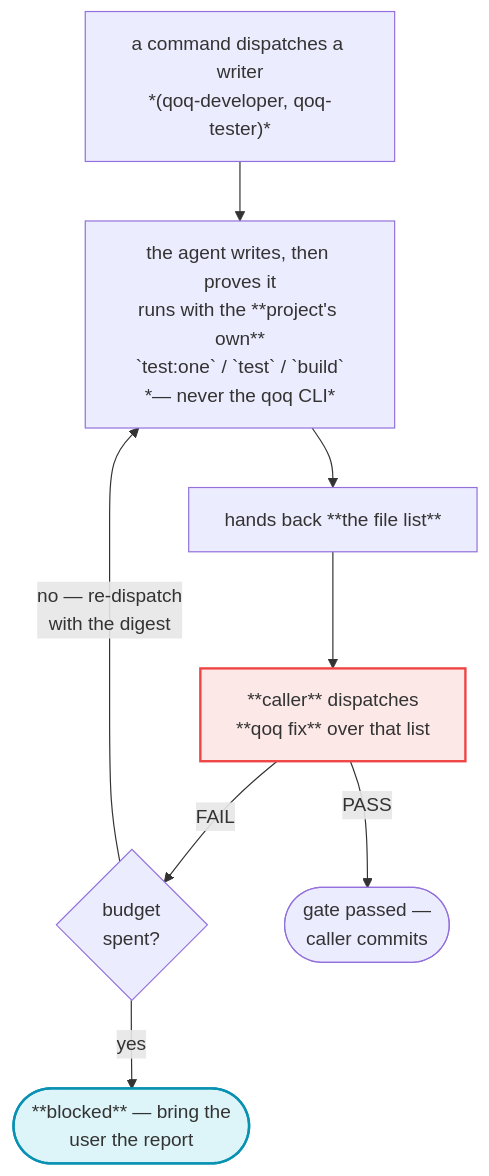
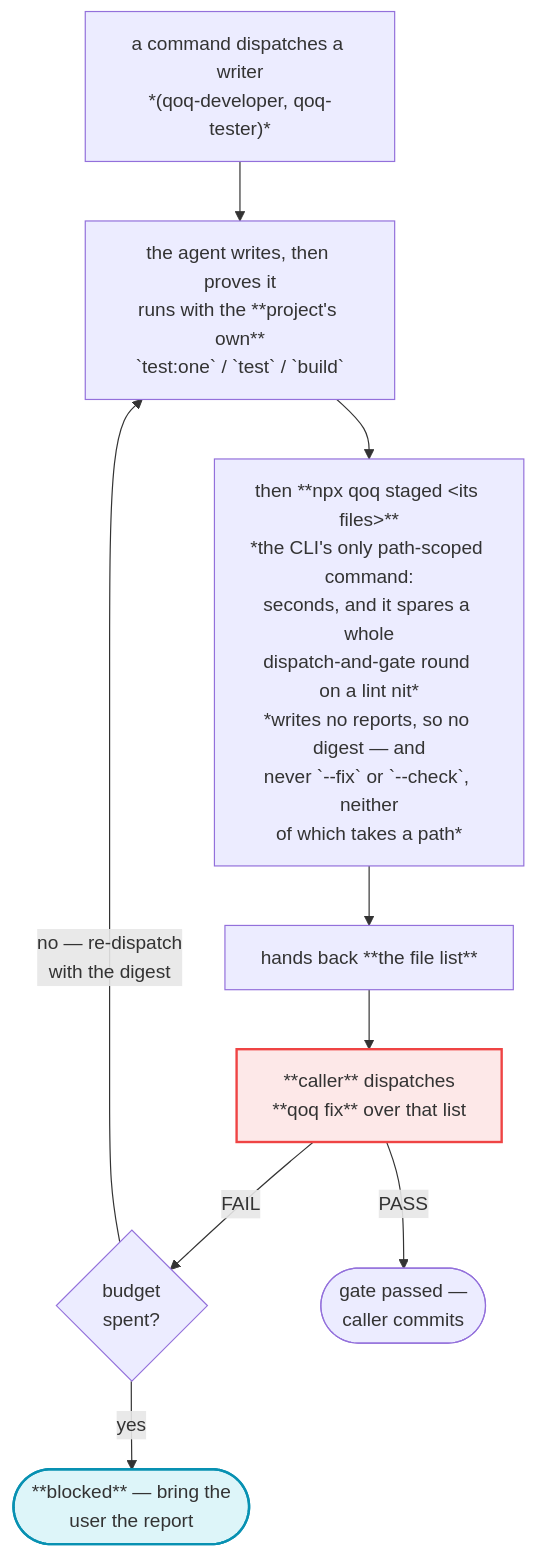
The third of 9 diagrams in docs/qoq-workflows.md (ladamczyk-it/qoq), drawn with Mermaid before and after one commit. The commit also changed other lines of this file and 22 other files, not shown here.

````diff
--- a/docs/qoq-workflows.md
+++ b/docs/qoq-workflows.md
@@ -184,16 +178,17 @@
 ```mermaid
 flowchart TD
     G0["a command dispatches a writer<br/>*(qoq-developer, qoq-tester)*"]
-    G0 --> G1["the agent writes, then proves it<br/>runs with the **project's own**<br/>`test:one` / `test` / `build`<br/>*— never the qoq CLI*"]
-    G1 --> G2["hands back **the file list**"]
+    G0 --> G1["the agent writes, then proves it<br/>runs with the **project's own**<br/>`test:one` / `test` / `build`"]
+    G1 --> G1B["then **npx qoq staged &lt;its files&gt;**<br/>*the CLI's only path-scoped command:<br/>seconds, and it spares a whole<br/>dispatch-and-gate round on a lint nit*<br/>*writes no reports, so no digest — and<br/>never `--fix` or `--check`, neither<br/>of which takes a path*"]
+    G1B --> G2["hands back **the file list**"]
     G2 --> G3["**caller** dispatches<br/>**qoq fix** over that list"]
     G3 -->|FAIL| G4{"budget<br/>spent?"}
     G4 -->|"no — re-dispatch<br/>with the digest"| G1
     G4 -->|yes| G5(["**blocked** — bring the<br/>user the report"])
     G3 -->|PASS| G6(["gate passed —<br/>caller commits"])
 
     classDef user fill:#06b6d422,stroke:#0891b2,stroke-width:2px
     classDef skill fill:#ef44441f,stroke:#ef4444,stroke-width:2px
     class G5 user
     class G3 skill
 ```
````
